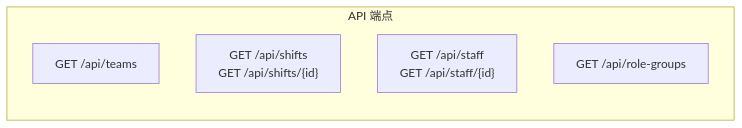
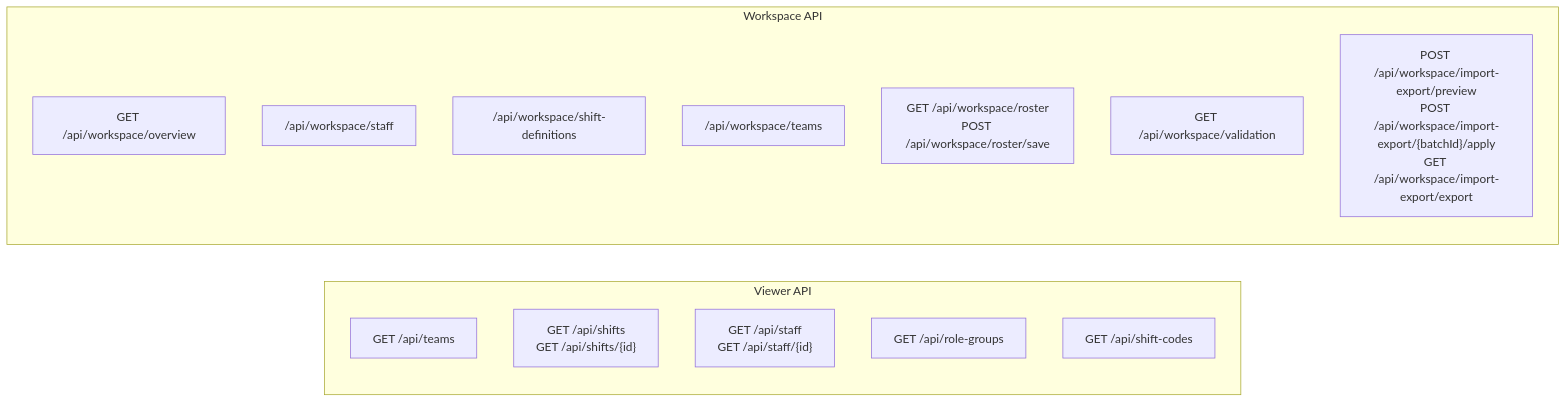
One commit to yachi666/support-roster-server changed the first of 2 diagrams in .specs/api-standard.md. Above: the diagram before and after it, drawn with Mermaid. The commit also changed other lines of this file and 103 other files, not shown here.

````diff
--- a/.specs/api-standard.md
+++ b/.specs/api-standard.md
@@ -24,9 +30,20 @@
 ```mermaid
 graph LR
-    subgraph "API 端点"
-        T["GET /api/teams"]
-        S["GET /api/shifts<br/>GET /api/shifts/{id}"]
-        ST["GET /api/staff<br/>GET /api/staff/{id}"]
-        RG["GET /api/role-groups"]
-    end
+  subgraph "Viewer API"
+    T["GET /api/teams"]
+    S["GET /api/shifts<br/>GET /api/shifts/{id}"]
+    ST["GET /api/staff<br/>GET /api/staff/{id}"]
+    RG["GET /api/role-groups"]
+    SC["GET /api/shift-codes"]
+  end
+
+  subgraph "Workspace API"
+    WO["GET /api/workspace/overview"]
+    WS["/api/workspace/staff"]
+    WD["/api/workspace/shift-definitions"]
+    WT["/api/workspace/teams"]
+    WR["GET /api/workspace/roster<br/>POST /api/workspace/roster/save"]
+    WV["GET /api/workspace/validation"]
+    WI["POST /api/workspace/import-export/preview<br/>POST /api/workspace/import-export/{batchId}/apply<br/>GET /api/workspace/import-export/export"]
+  end
 ```
````
